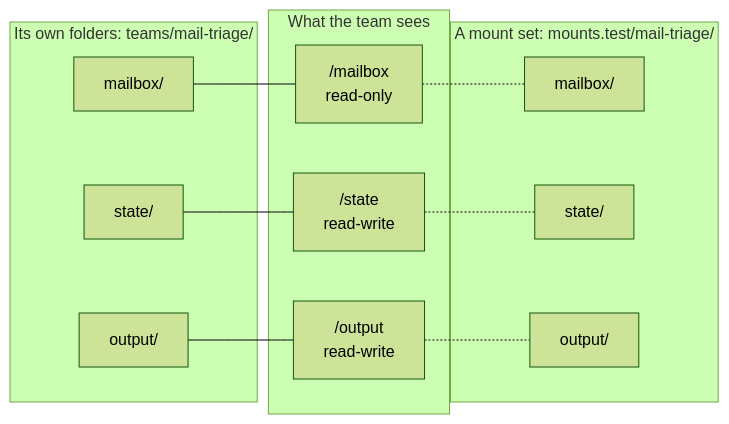
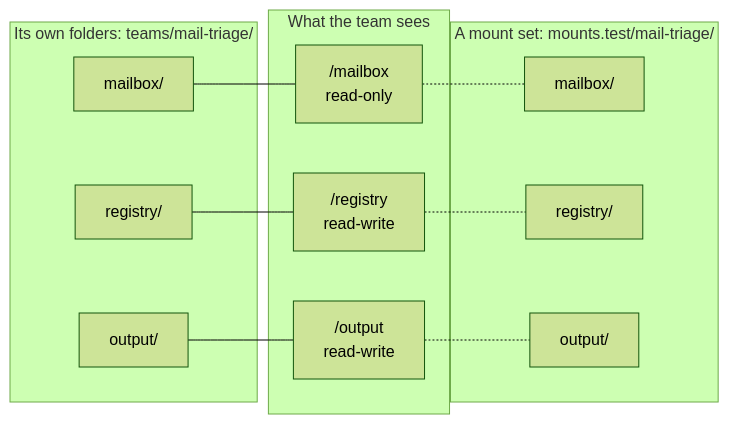
One commit to Orkeon/orkeon-workshop changed the diagram in docs/concepts/mount-points.md. Above: the diagram before and after it, drawn with Mermaid (forest theme). The commit also changed other lines of this file and 653 other files, not shown here.

````diff
--- a/docs/concepts/mount-points.md
+++ b/docs/concepts/mount-points.md
@@ -115,24 +117,24 @@
 ```mermaid
 flowchart LR
     subgraph own["Its own folders: teams/mail-triage/"]
         o1["mailbox/"]
-        o2["state/"]
+        o2["registry/"]
         o3["output/"]
     end
     subgraph sees["What the team sees"]
         p1["/mailbox<br/>read-only"]
-        p2["/state<br/>read-write"]
+        p2["/registry<br/>read-write"]
         p3["/output<br/>read-write"]
     end
     subgraph set["A mount set: mounts.test/mail-triage/"]
         t1["mailbox/"]
-        t2["state/"]
+        t2["registry/"]
         t3["output/"]
     end
     o1 --- p1
     o2 --- p2
     o3 --- p3
     p1 -.- t1
     p2 -.- t2
     p3 -.- t3
 ```
````
